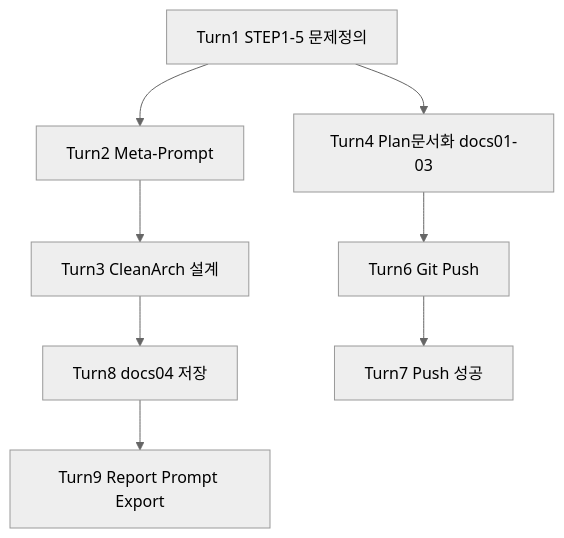
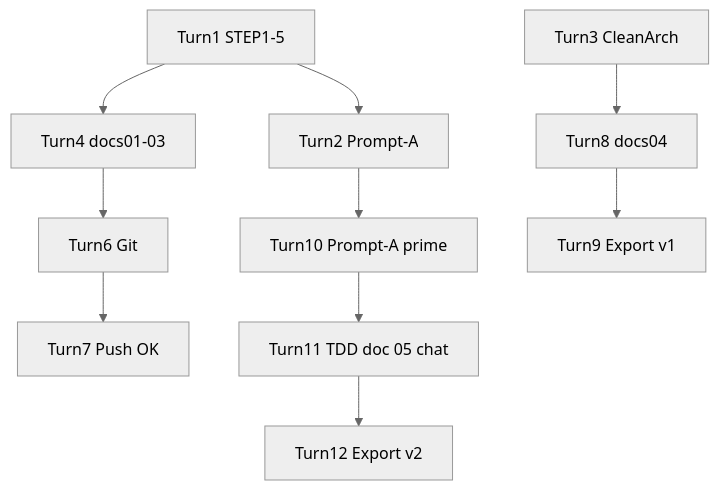
Before and after one commit to tworimpa/MagicSquare_18: the diagram in Prompt/00-dialogue-transcript-export.md, drawn with Mermaid (neutral theme). The commit also changed other lines of this file and 3 other files, not shown here.

````diff
--- a/Prompt/00-dialogue-transcript-export.md
+++ b/Prompt/00-dialogue-transcript-export.md
@@ -222,10 +251,12 @@
 ```mermaid
 flowchart TD
-  T1[Turn1 STEP1-5 문제정의] --> T2[Turn2 Meta-Prompt]
-  T1 --> T4[Turn4 Plan문서화 docs01-03]
-  T2 --> T3[Turn3 CleanArch 설계]
-  T3 --> T8[Turn8 docs04 저장]
-  T4 --> T6[Turn6 Git Push]
-  T6 --> T7[Turn7 Push 성공]
-  T8 --> T9[Turn9 Report Prompt Export]
+  T1[Turn1 STEP1-5] --> T4[Turn4 docs01-03]
+  T1 --> T2[Turn2 Prompt-A]
+  T2 --> T10[Turn10 Prompt-A prime]
+  T3[Turn3 CleanArch] --> T8[Turn8 docs04]
+  T4 --> T6[Turn6 Git]
+  T6 --> T7[Turn7 Push OK]
+  T8 --> T9[Turn9 Export v1]
+  T10 --> T11[Turn11 TDD doc 05 chat]
+  T11 --> T12[Turn12 Export v2]
 ```
````
